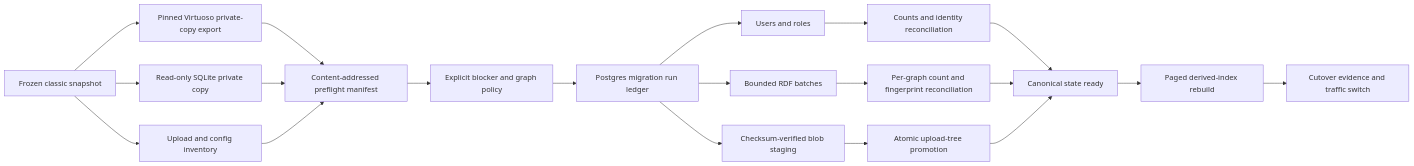
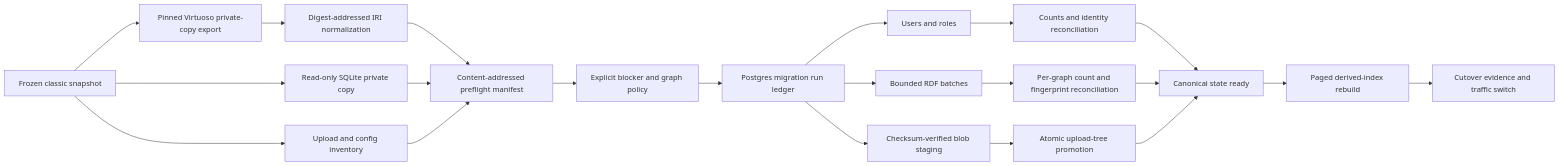
Before and after one commit to marpaia/sbol-db: the diagram in docs/synbiohub-migration.md, drawn with Mermaid. The commit also changed other lines of this file and 53 other files, not shown here.

````diff
--- a/docs/synbiohub-migration.md
+++ b/docs/synbiohub-migration.md
@@ -52,22 +52,23 @@
 ```mermaid
 flowchart LR
   A["Frozen classic snapshot"] --> B["Pinned Virtuoso private-copy export"]
   A --> C["Read-only SQLite private copy"]
   A --> D["Upload and config inventory"]
-  B --> E["Content-addressed preflight manifest"]
+  B --> Q["Digest-addressed IRI normalization"]
+  Q --> E["Content-addressed preflight manifest"]
   C --> E
   D --> E
   E --> F["Explicit blocker and graph policy"]
   F --> G["Postgres migration run ledger"]
   G --> H["Users and roles"]
   G --> I["Bounded RDF batches"]
   G --> J["Checksum-verified blob staging"]
   H --> K["Counts and identity reconciliation"]
   I --> L["Per-graph count and fingerprint reconciliation"]
   J --> M["Atomic upload-tree promotion"]
   K --> N["Canonical state ready"]
   L --> N
   M --> N
   N --> O["Paged derived-index rebuild"]
   O --> P["Cutover evidence and traffic switch"]
 ```
````
